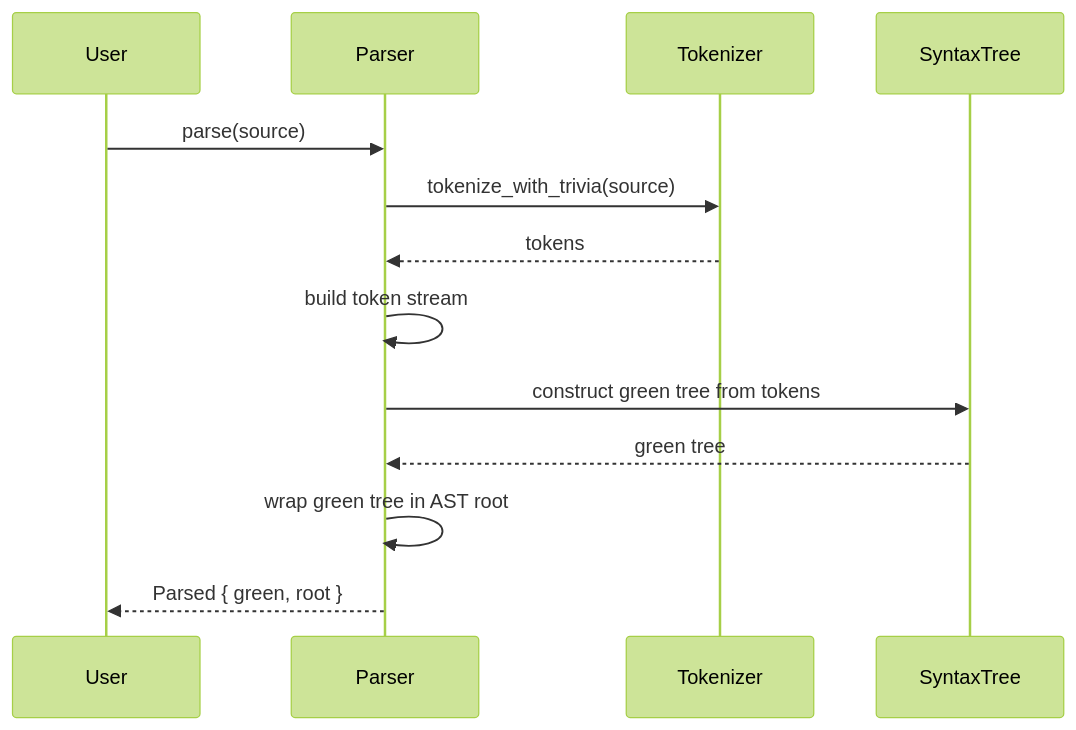
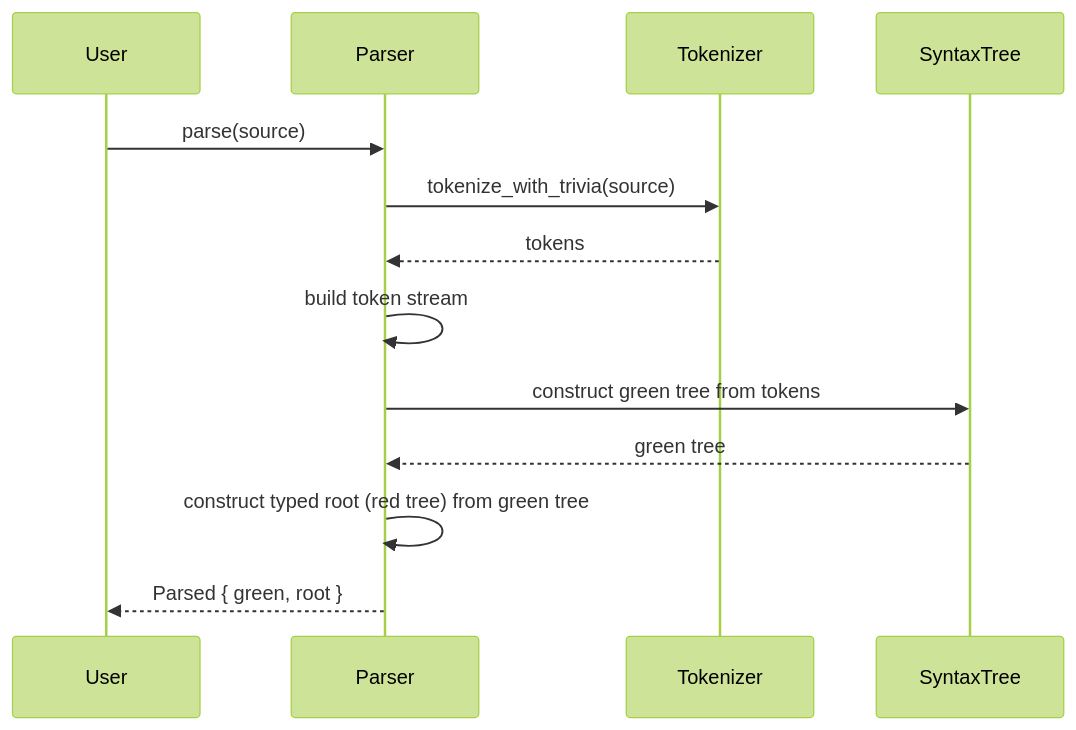
The diagram in docs/ddlint-design-and-road-map.md (leynos/ddlint), drawn with Mermaid (forest theme) before and after one commit. The commit also changed other lines of this file and 71 other files, not shown here.

````diff
--- a/docs/ddlint-design-and-road-map.md
+++ b/docs/ddlint-design-and-road-map.md
@@ -187,16 +194,16 @@
 ```mermaid
 sequenceDiagram
     participant User
     participant Parser
     participant Tokenizer
     participant SyntaxTree
 
     User->>Parser: parse(source)
     Parser->>Tokenizer: tokenize_with_trivia(source)
     Tokenizer-->>Parser: tokens
     Parser->>Parser: build token stream
     Parser->>SyntaxTree: construct green tree from tokens
     SyntaxTree-->>Parser: green tree
-    Parser->>Parser: wrap green tree in AST root
+    Parser->>Parser: construct typed root (red tree) from green tree
     Parser-->>User: Parsed { green, root }
 ```
````
